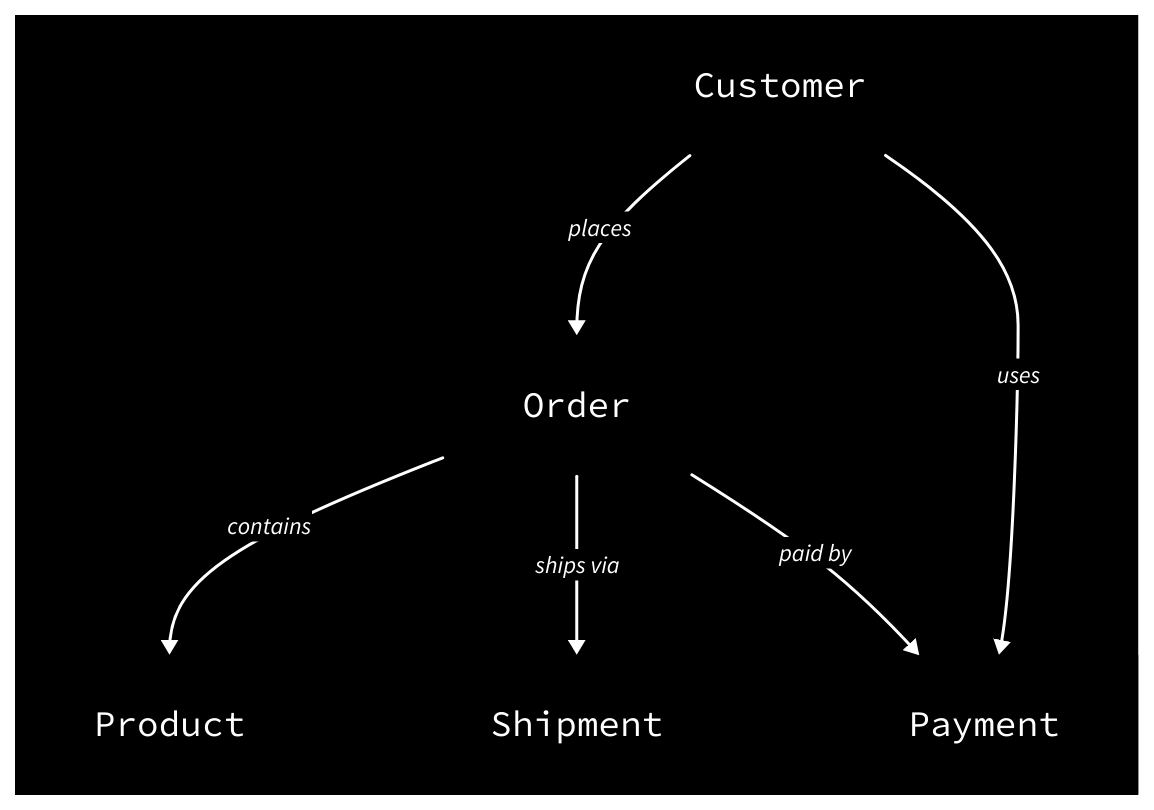
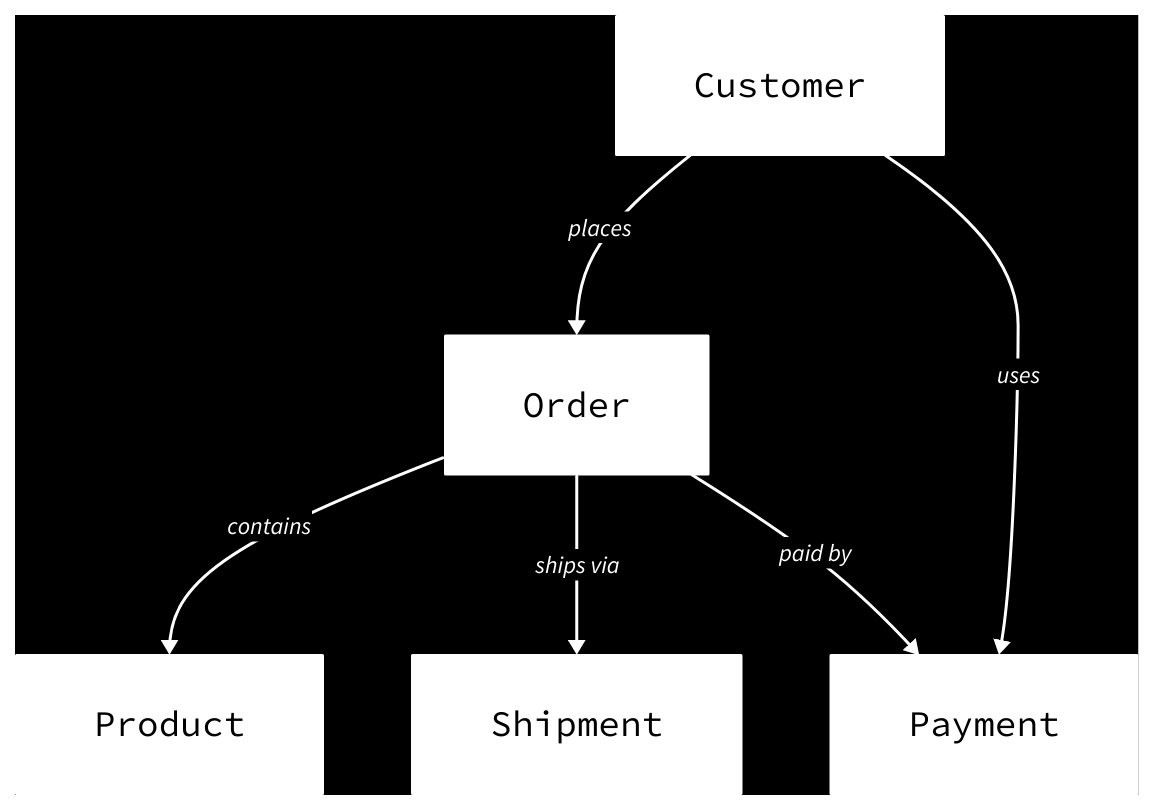
The diagram in src/content/posts/2026-05-29-service-boundaries-are-about-authority.md (dvdstelt/weblog), drawn with D2 before and after one commit.

Commit message:
🐛 Make authority diagram boxes white, not black-on-black

````diff
--- a/src/content/posts/2026-05-29-service-boundaries-are-about-authority.md
+++ b/src/content/posts/2026-05-29-service-boundaries-are-about-authority.md
@@ -92,35 +92,35 @@
 ```d2
-# Inverted palette: black background, white shapes, lines, and text
+# Inverted palette: black background, white boxes and lines, white connection labels
 style.fill: "#000000"
-*.style.fill: "#000000"
+*.style.fill: "#FFFFFF"
 *.style.stroke: "#FFFFFF"
-*.style.font-color: "#FFFFFF"
+*.style.font-color: "#000000"
 (* -> *)[*].style.stroke: "#FFFFFF"
 (* -> *)[*].style.font-color: "#FFFFFF"
 
 Customer: {
   shape: class
 }
 
 Order: {
   shape: class
 }
 
 Product: {
   shape: class
 }
 
 Shipment: {
   shape: class
 }
 
 Payment: {
   shape: class
 }
 
 Customer -> Order: places
 Customer -> Payment: uses
 Order -> Product: contains
 Order -> Shipment: ships via
 Order -> Payment: paid by
 ```
````
